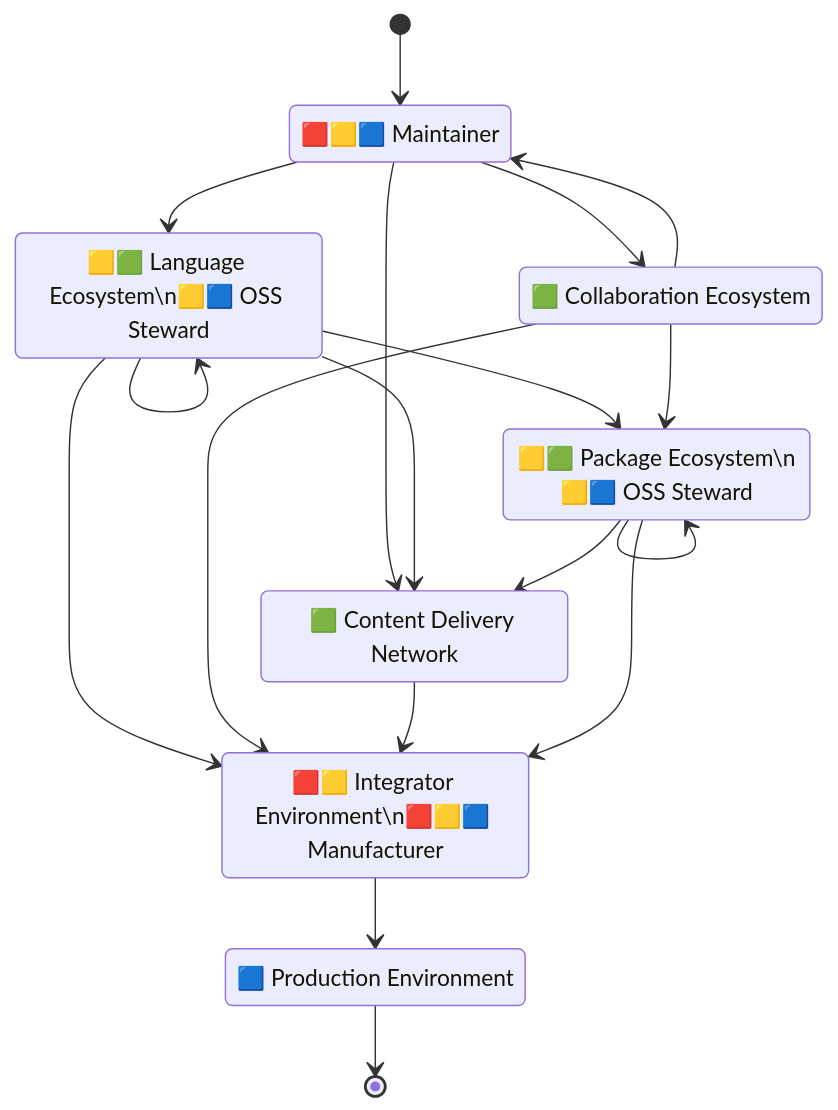
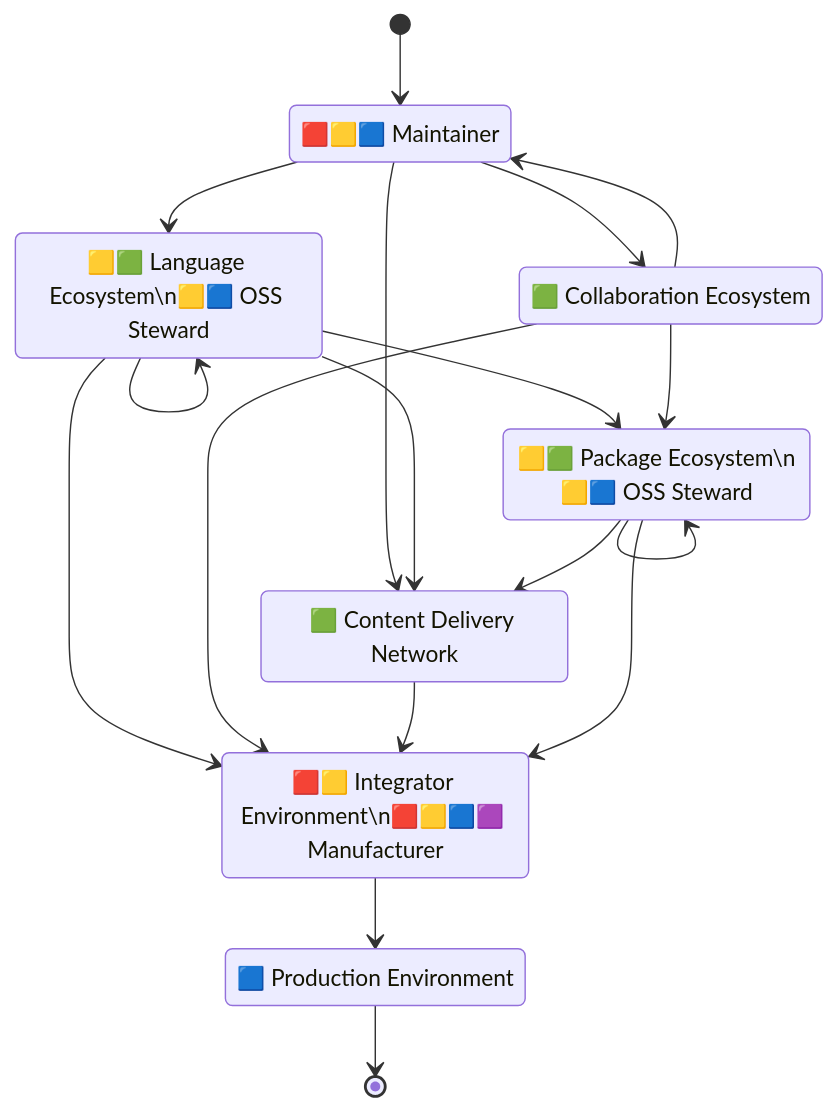
The first of 3 diagrams in docs/supplychain-sbom.md (CPAN-Security/security.metacpan.org), drawn with Mermaid before and after one commit.

Commit message:
Add license to simplifed graph; Add censor color it's integrator state

````diff
--- a/docs/supplychain-sbom.md
+++ b/docs/supplychain-sbom.md
@@ -38,32 +38,33 @@
 ```mermaid
 stateDiagram-v2
     direction TB
 
     state "🟥🟨🟦 Maintainer" as environment_maintainer
     state "🟩 Collaboration Ecosystem" as ecosystem_repo
     state "🟨🟩 Language Ecosystem\n🟨🟦 OSS Steward" as ecosystem_lang
     state "🟨🟩 Package Ecosystem\n🟨🟦 OSS Steward" as ecosystem_package
     state "🟩 Content Delivery Network" as network_delivery
-    state "🟥🟨 Integrator Environment\n🟥🟨🟦 Manufacturer" as environment_integrator
+    state "🟥🟨 Integrator Environment\n🟥🟨🟦🟪 Manufacturer" as environment_integrator
     state "🟦 Production Environment" as environment_prod
-
 
     [*] --> environment_maintainer
     environment_maintainer --> ecosystem_repo
     environment_maintainer --> ecosystem_lang
     environment_maintainer --> network_delivery
     ecosystem_lang --> ecosystem_package
     ecosystem_lang --> ecosystem_lang
     ecosystem_lang --> network_delivery
     ecosystem_lang --> environment_integrator
     ecosystem_repo --> environment_maintainer
     ecosystem_repo --> ecosystem_package
     ecosystem_repo --> environment_integrator
     ecosystem_package --> ecosystem_package
     ecosystem_package --> network_delivery
     network_delivery --> environment_integrator
     ecosystem_package --> environment_integrator
     environment_integrator --> environment_prod
     environment_prod --> [*]
 
+    %% Copyright © 2024 Salve J. Nilsen <sjn@oslo.pm>
+    %% Some rights reserved. Licenced CC-BY-SA-4.0
 ```
````
